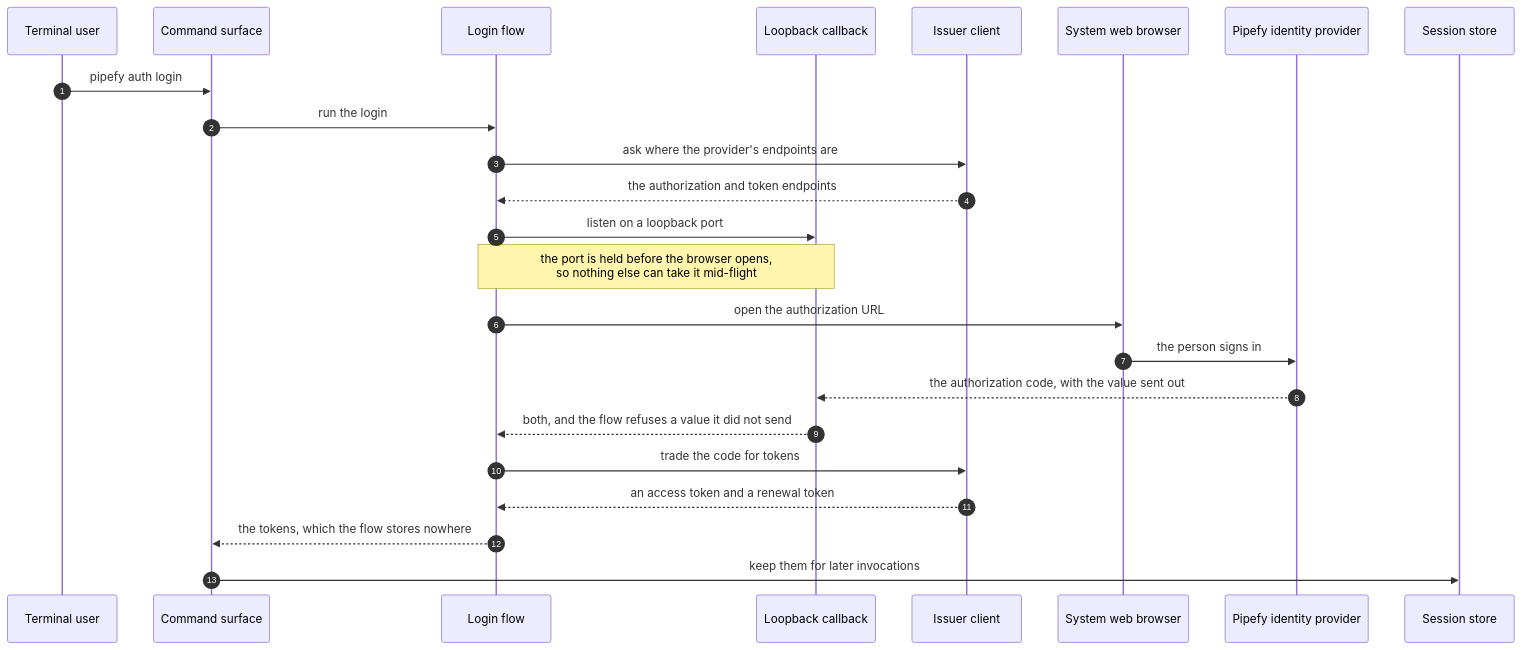
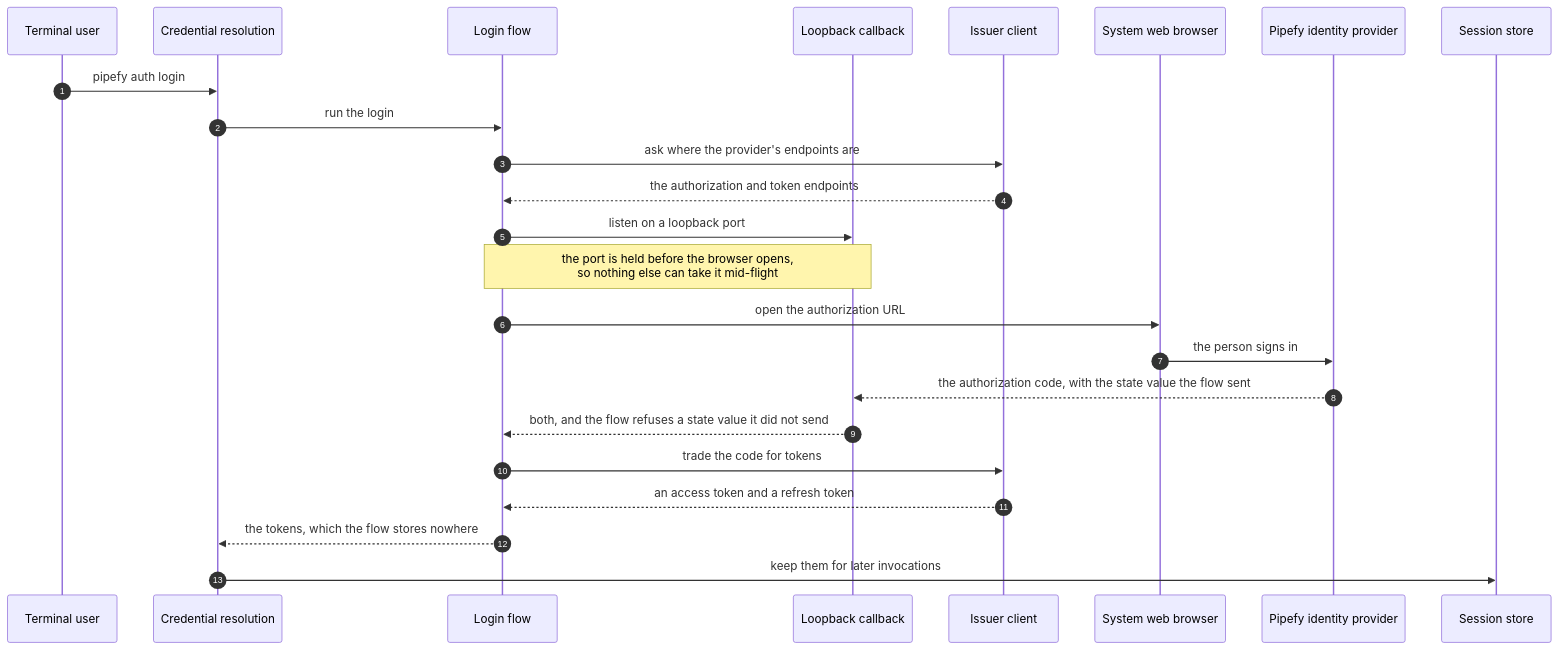
One commit to pipefy/ai-toolkit changed the seventh of 11 diagrams in docs/contributing/architecture.md. Above: the diagram before and after it, drawn with Mermaid.

Commit message:
docs: name the right block and terms in the login diagram

````diff
--- a/docs/contributing/architecture.md
+++ b/docs/contributing/architecture.md
@@ -449,27 +449,27 @@
 ```mermaid
 sequenceDiagram
     autonumber
     participant Person as Terminal user
-    participant Surface as Command surface
+    participant Resolution as Credential resolution
     participant Flow as Login flow
     participant Loopback as Loopback callback
     participant Issuer as Issuer client
     participant Browser as System web browser
     participant Idp as Pipefy identity provider
     participant Store as Session store
 
-    Person->>Surface: pipefy auth login
-    Surface->>Flow: run the login
+    Person->>Resolution: pipefy auth login
+    Resolution->>Flow: run the login
     Flow->>Issuer: ask where the provider's endpoints are
     Issuer-->>Flow: the authorization and token endpoints
     Flow->>Loopback: listen on a loopback port
     Note over Flow,Loopback: the port is held before the browser opens,<br/>so nothing else can take it mid-flight
     Flow->>Browser: open the authorization URL
     Browser->>Idp: the person signs in
-    Idp-->>Loopback: the authorization code, with the value sent out
-    Loopback-->>Flow: both, and the flow refuses a value it did not send
+    Idp-->>Loopback: the authorization code, with the state value the flow sent
+    Loopback-->>Flow: both, and the flow refuses a state value it did not send
     Flow->>Issuer: trade the code for tokens
-    Issuer-->>Flow: an access token and a renewal token
-    Flow-->>Surface: the tokens, which the flow stores nowhere
-    Surface->>Store: keep them for later invocations
+    Issuer-->>Flow: an access token and a refresh token
+    Flow-->>Resolution: the tokens, which the flow stores nowhere
+    Resolution->>Store: keep them for later invocations
 ```
````
